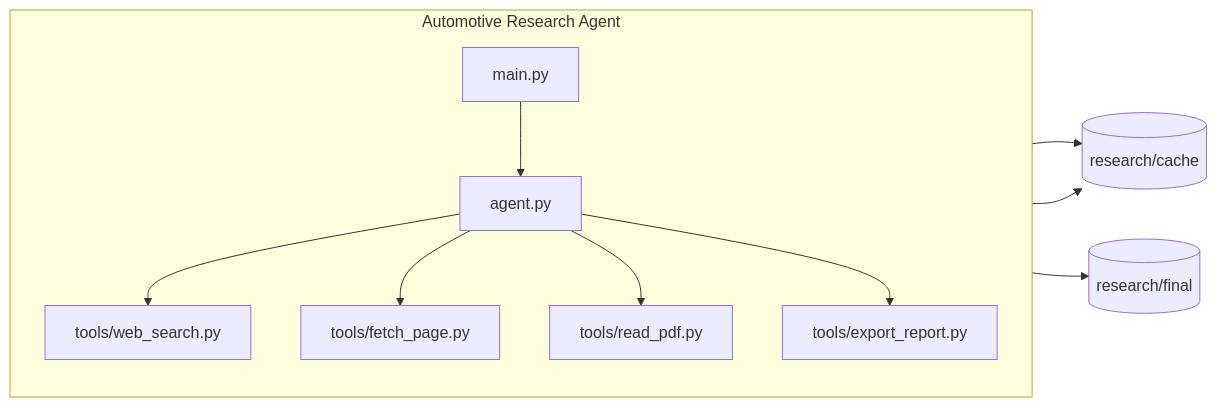
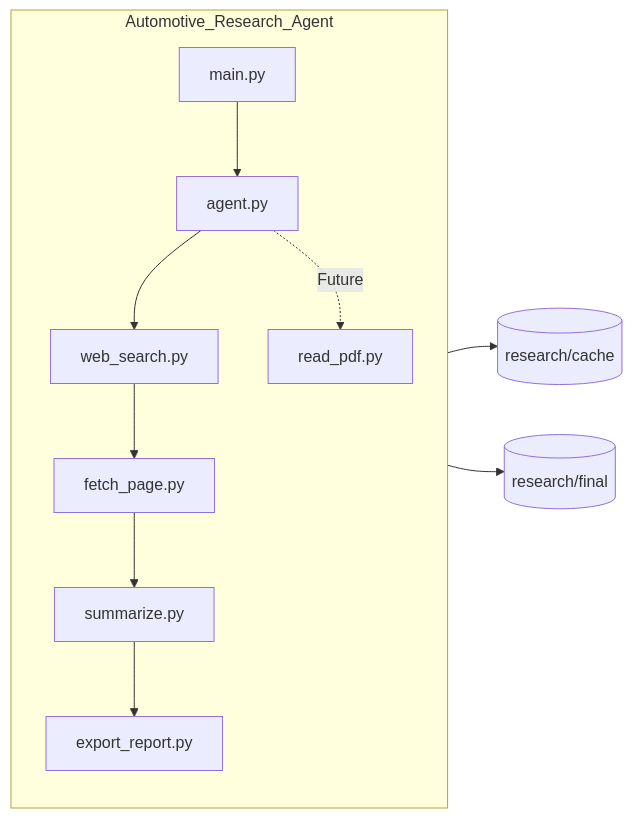
Before and after one commit to KJ-VS/automotive-research-agent: the second of 3 diagrams in docs/architecture.md, drawn with Mermaid. The commit also changed other lines of this file and 8 other files, not shown here.

Commit message:
Release v1.0 - Modular Automotive Research Agent

````diff
--- a/docs/architecture.md
+++ b/docs/architecture.md
@@ -59,15 +85,39 @@
 ```mermaid
 graph LR
-    subgraph "Automotive Research Agent"
-        direction TB
-        A[main.py] --> B[agent.py]
-        B --> C[tools/web_search.py]
-        B --> D[tools/fetch_page.py]
-        B --> E[tools/read_pdf.py]
-        B --> F[tools/export_report.py]
-    end
 
-    C --> G[(research/cache)]
-    D --> G
-    F --> H[(research/final)]
+subgraph Automotive_Research_Agent
+
+direction TB
+
+MAIN[main.py]
+
+AGENT[agent.py]
+
+SEARCH[web_search.py]
+
+FETCH[fetch_page.py]
+
+SUMMARY[summarize.py]
+
+PDF[read_pdf.py]
+
+REPORT[export_report.py]
+
+MAIN --> AGENT
+
+AGENT --> SEARCH
+
+SEARCH --> FETCH
+
+FETCH --> SUMMARY
+
+SUMMARY --> REPORT
+
+AGENT -. Future .-> PDF
+
+end
+
+FETCH --> CACHE[(research/cache)]
+
+REPORT --> FINAL[(research/final)]
 ```
````
